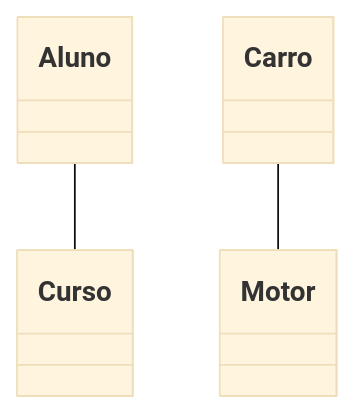
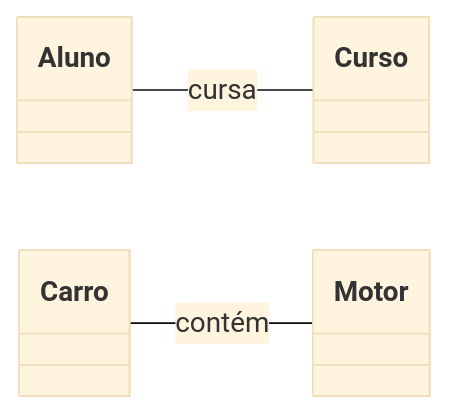
The second of 9 diagrams in readme.md (smauricioj/poo-slides-associacoes), drawn with Mermaid (base theme) before and after one commit. The commit also changed other lines of this file, not shown here.

````diff
--- a/readme.md
+++ b/readme.md
@@ -20,6 +20,6 @@
 ```mermaid
 classDiagram
-    direction TB    
-    Aluno -- Curso
-    Carro -- Motor
+    direction LR
+    Aluno -- Curso : cursa
+    Carro -- Motor : contém
 ```
````
